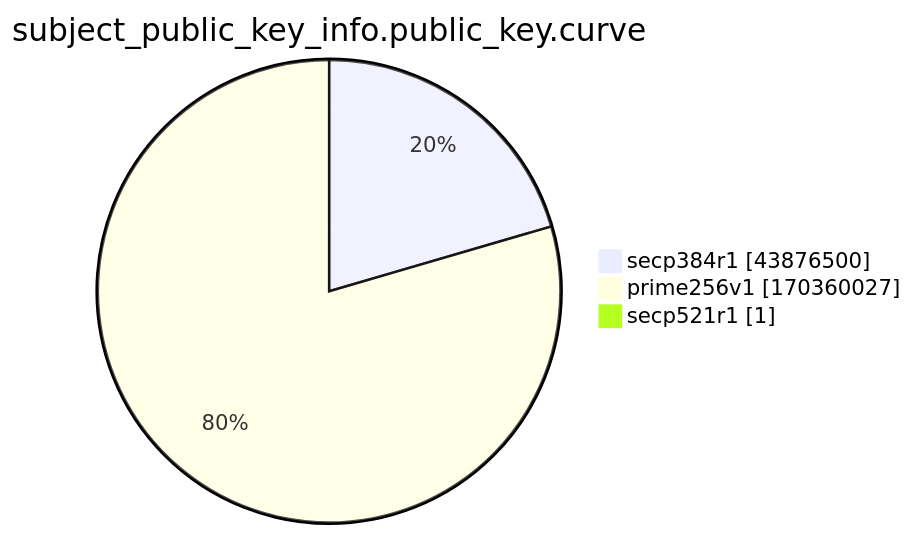
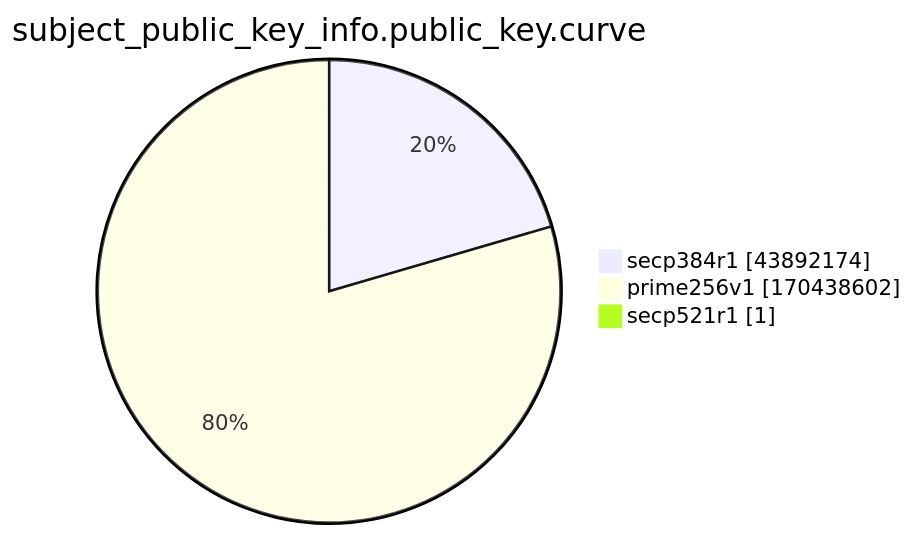
Before and after one commit to christiankrug/ctmonitor_visualization: the ninth of 15 diagrams in xenon2022/README.md, drawn with Mermaid. The commit also changed other lines of this file, not shown here.

````diff
--- a/xenon2022/README.md
+++ b/xenon2022/README.md
@@ -2871,7 +2871,7 @@
 ```mermaid
 pie showData
 title subject_public_key_info.public_key.curve
-"secp384r1" :43876500
-"prime256v1" :170360027
+"secp384r1" :43892174
+"prime256v1" :170438602
 "secp521r1" :1
 ```
````
